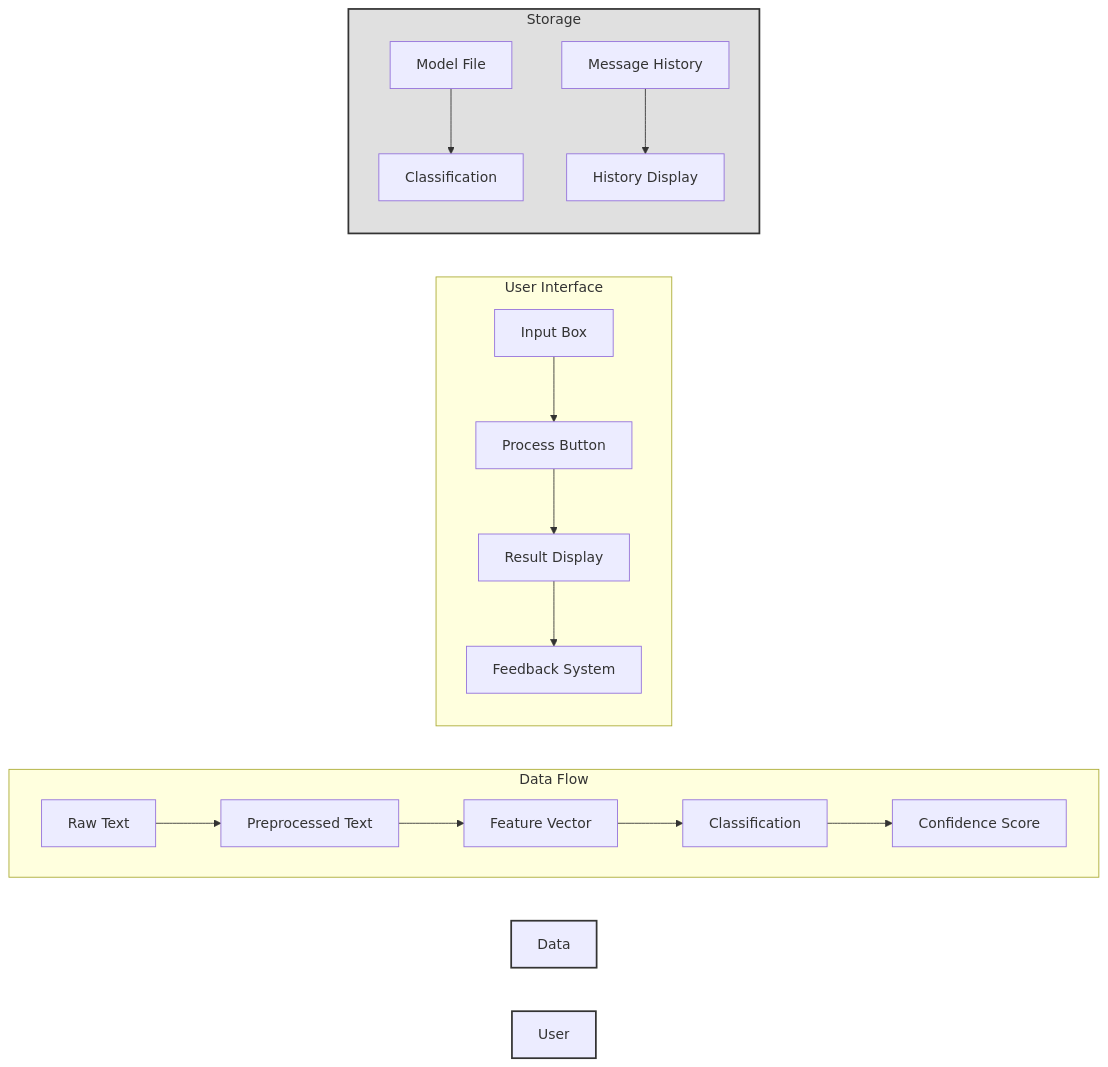
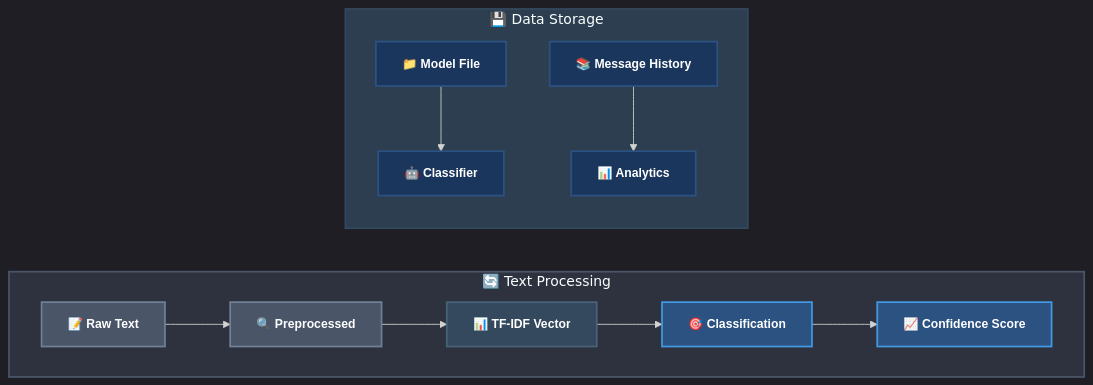
One commit to ogshivam/spambae changed the third of 3 diagrams in README.md. Above: the diagram before and after it, drawn with Mermaid. The commit also changed other lines of this file, not shown here.

First line of the commit message:
docs: enhance README with improved system architecture diagrams

````diff
--- a/README.md
+++ b/README.md
@@ -149,27 +156,31 @@
 ```mermaid
+%%{init: {'theme': 'dark', 'themeVariables': { 'fontFamily': 'arial', 'fontSize': '16px'}}}%%
 flowchart LR
-    subgraph Data Flow
+    subgraph Processing["🔄 Text Processing"]
         direction LR
-        A[Raw Text] --> B[Preprocessed Text]
-        B --> C[Feature Vector]
-        C --> D[Classification]
-        D --> E[Confidence Score]
+        A["📝 Raw Text"] --> B["🔍 Preprocessed"]
+        B --> C["📊 TF-IDF Vector"]
+        C --> D["🎯 Classification"]
+        D --> E["📈 Confidence Score"]
+        style A fill:#4A5568,stroke:#718096,stroke-width:2px,color:#fff,font-weight:bold
+        style B fill:#4A5568,stroke:#718096,stroke-width:2px,color:#fff,font-weight:bold
+        style C fill:#34495E,stroke:#4A6278,stroke-width:2px,color:#fff,font-weight:bold
+        style D fill:#2C5282,stroke:#4299E1,stroke-width:2px,color:#fff,font-weight:bold
+        style E fill:#2C5282,stroke:#4299E1,stroke-width:2px,color:#fff,font-weight:bold
     end
 
-    subgraph User Interface
+    subgraph Storage["💾 Data Storage"]
         direction TB
-        F[Input Box] --> G[Process Button]
-        G --> H[Result Display]
-        H --> I[Feedback System]
+        F["📁 Model File"] --> G["🤖 Classifier"]
+        H["📚 Message History"] --> I["📊 Analytics"]
+        style F fill:#1A365D,stroke:#2C5282,stroke-width:2px,color:#fff,font-weight:bold
+        style G fill:#1A365D,stroke:#2C5282,stroke-width:2px,color:#fff,font-weight:bold
+        style H fill:#1A365D,stroke:#2C5282,stroke-width:2px,color:#fff,font-weight:bold
+        style I fill:#1A365D,stroke:#2C5282,stroke-width:2px,color:#fff,font-weight:bold
     end
 
-    subgraph Storage
-        direction TB
-        J[Model File] --> K[Classification]
-        L[Message History] --> M[History Display]
-    end
-
-    style Data Flow fill:#f9f9f9,stroke:#333,stroke-width:2px
-    style User Interface fill:#f0f0f0,stroke:#333,stroke-width:2px
-    style Storage fill:#e0e0e0,stroke:#333,stroke-width:2px
+    %% Global styles
+    classDef default color:#fff,font-family:arial,font-size:14px,font-weight:bold
+    style Processing fill:#2D323E,stroke:#4A5568,stroke-width:2px
+    style Storage fill:#2C3E50,stroke:#34495E,stroke-width:2px
 ```
````
